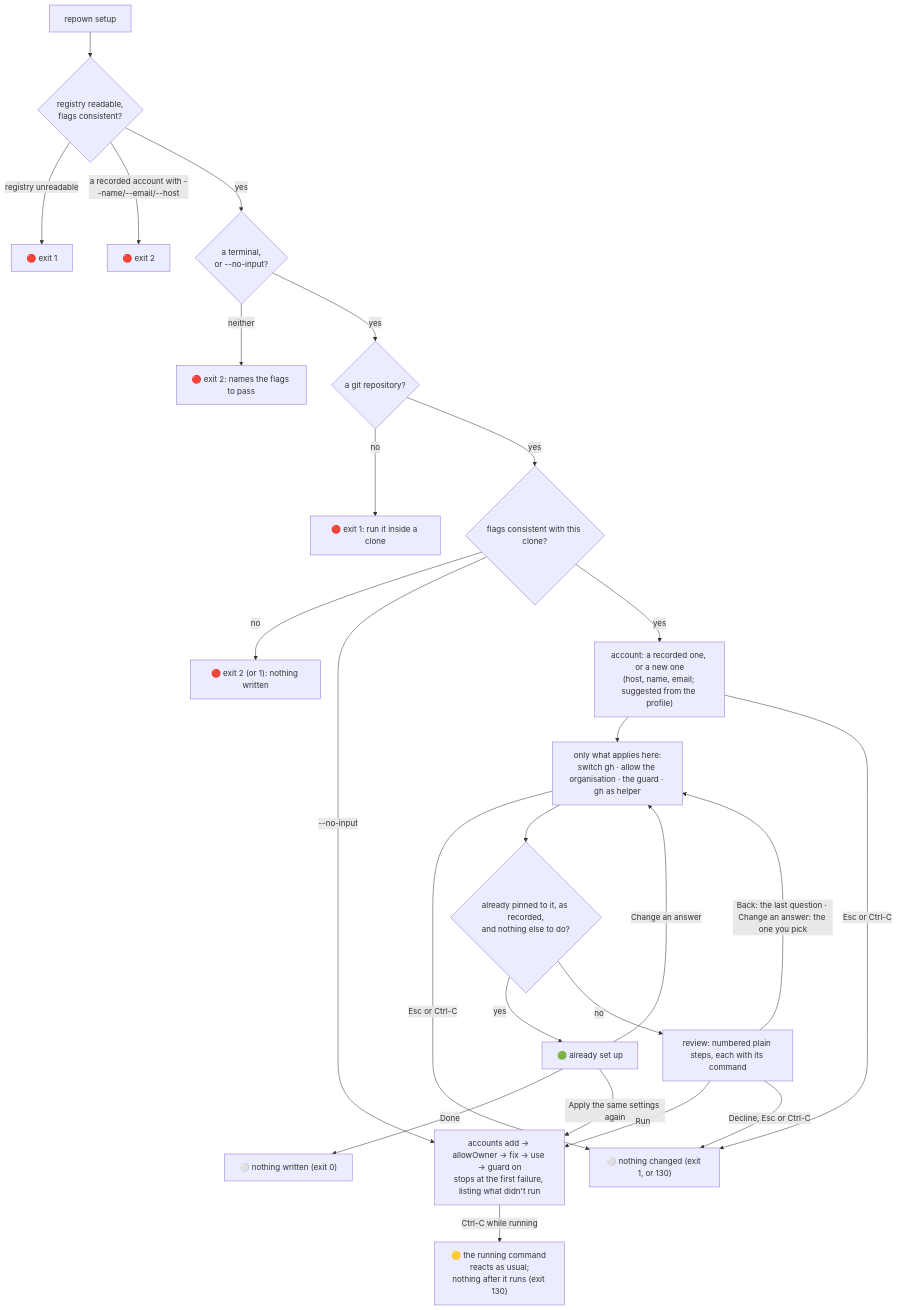
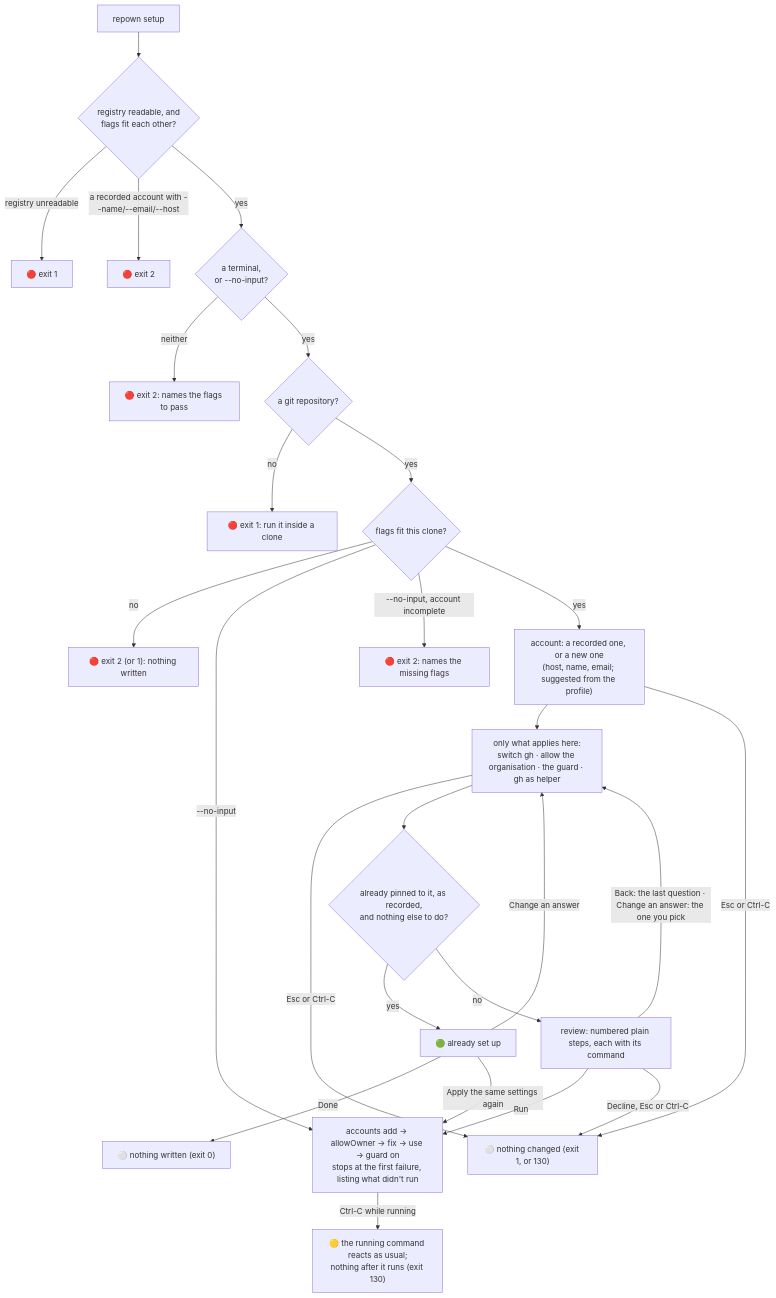
The ninth of 9 diagrams in docs/HOW-IT-WORKS.md (makubexD/repown), drawn with Mermaid before and after one commit. The commit also changed other lines of this file and 8 other files, not shown here.

````diff
--- a/docs/HOW-IT-WORKS.md
+++ b/docs/HOW-IT-WORKS.md
@@ -464,27 +479,28 @@
 ```mermaid
 flowchart TD
-  S[repown setup] --> G{"registry readable,<br/>flags consistent?"}
+  S[repown setup] --> G{"registry readable, and<br/>flags fit each other?"}
   G -->|registry unreadable| X0["🔴 exit 1"]
   G -->|a recorded account with --name/--email/--host| X4["🔴 exit 2"]
   G -->|yes| T{"a terminal,<br/>or --no-input?"}
   T -->|neither| X2["🔴 exit 2: names the flags to pass"]
   T -->|yes| R{"a git repository?"}
   R -->|no| X1["🔴 exit 1: run it inside a clone"]
-  R -->|yes| F{"flags consistent with this clone?"}
+  R -->|yes| F{"flags fit this clone?"}
   F -->|no| X3["🔴 exit 2 (or 1): nothing written"]
   F -->|--no-input| C
+  F -->|--no-input, account incomplete| X5["🔴 exit 2: names the missing flags"]
   F -->|yes| A["account: a recorded one, or a new one<br/>(host, name, email; suggested from the profile)"]
   A --> Q["only what applies here:<br/>switch gh · allow the organisation · the guard · gh as helper"]
   A -->|Esc or Ctrl-C| N
   Q -->|Esc or Ctrl-C| N
   Q --> K{"already pinned to it, as recorded,<br/>and nothing else to do?"}
   K -->|yes| D["🟢 already set up"]
   D -->|Done| DN["⚪ nothing written (exit 0)"]
   D -->|Apply the same settings again| C
   D -->|Change an answer| Q
   K -->|no| V["review: numbered plain steps, each with its command"]
   V -->|Run| C["accounts add → allowOwner → fix → use → guard on<br/>stops at the first failure, listing what didn't run"]
   V -->|"Back: the last question · Change an answer: the one you pick"| Q
   V -->|Decline, Esc or Ctrl-C| N["⚪ nothing changed (exit 1, or 130)"]
   C -->|Ctrl-C while running| I["🟡 the running command reacts as usual;<br/>nothing after it runs (exit 130)"]
 ```
````
